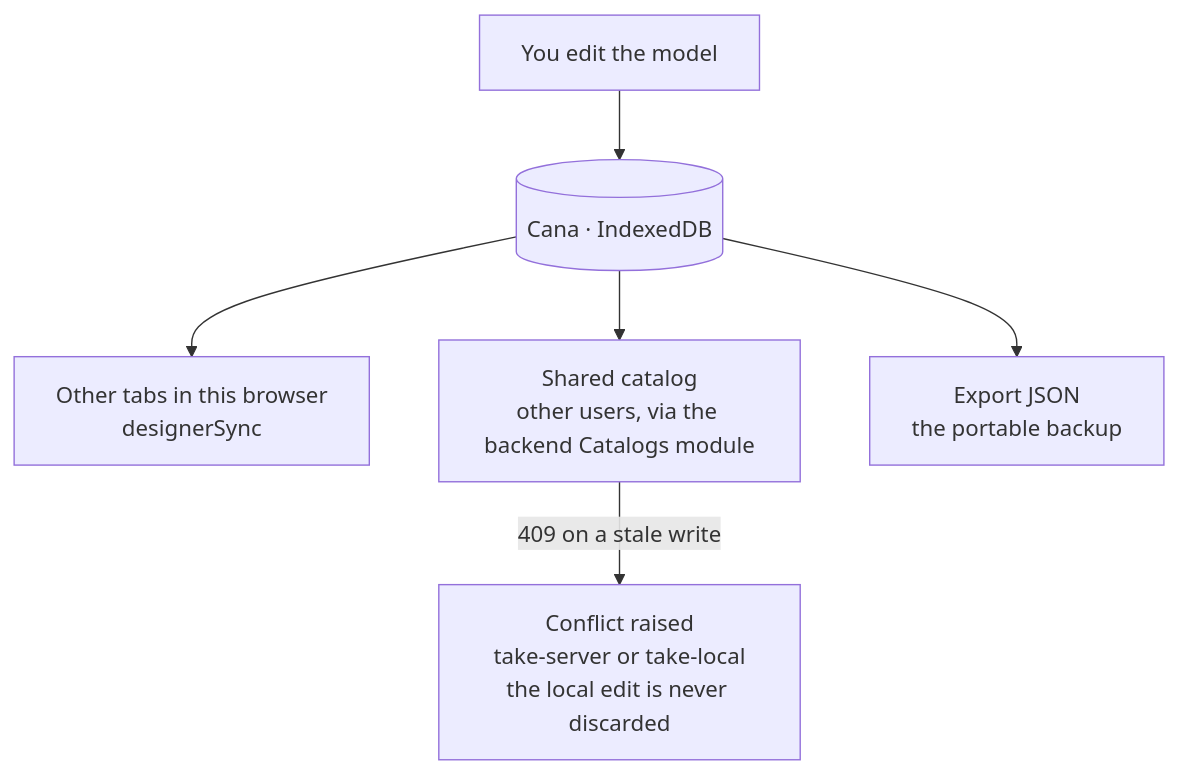
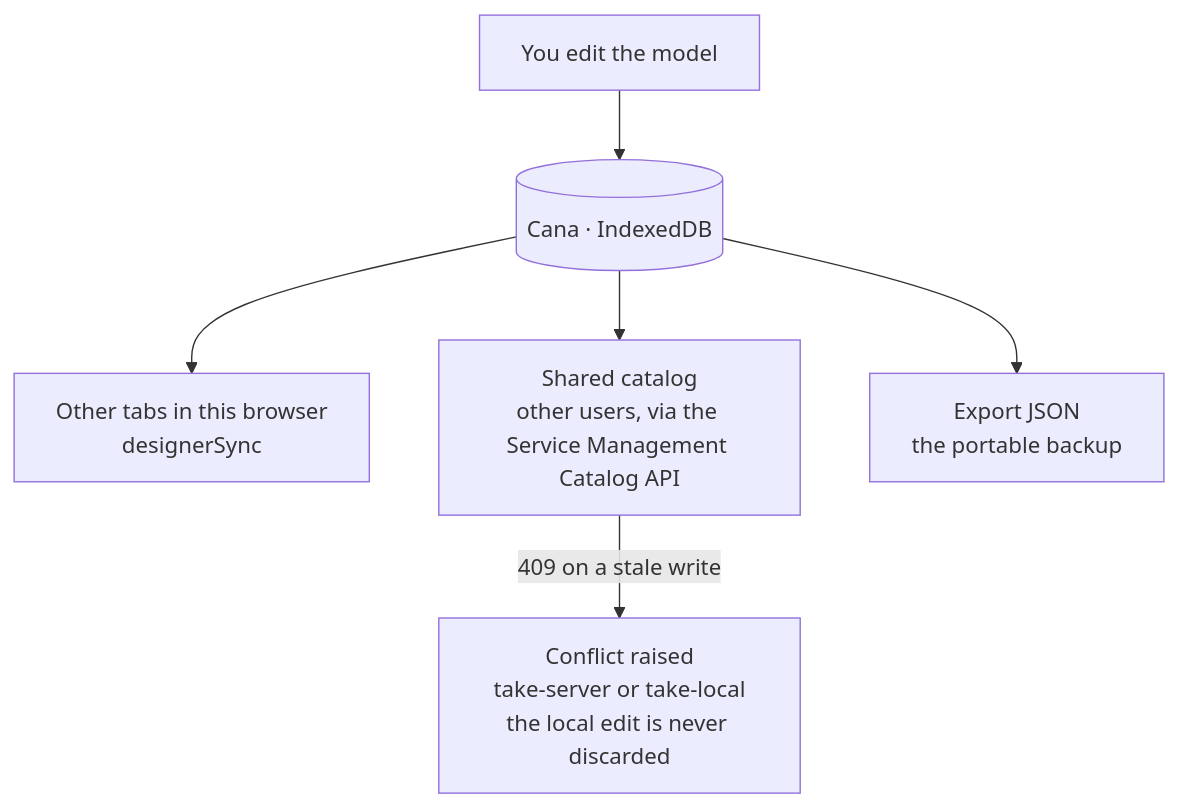
Before and after one commit to web2solutions/Jumentix: the fifth of 6 diagrams in apps/jumentix-website/content/jumentix/guides/service-management.mdx, drawn with Mermaid. The commit also changed 150 other files, not shown here.

Commit message:
refactor(service-management): extract catalog ownership

````diff
--- a/apps/jumentix-website/content/jumentix/guides/service-management.mdx
+++ b/apps/jumentix-website/content/jumentix/guides/service-management.mdx
@@ -576,8 +576,8 @@
 ```mermaid
 flowchart TB
   EDIT["You edit the model"] --> STORE[("Cana · IndexedDB")]
   STORE --> TABS["Other tabs in this browser<br/>designerSync"]
-  STORE --> CAT["Shared catalog<br/>other users, via the backend Catalogs module"]
+  STORE --> CAT["Shared catalog<br/>other users, via the Service Management Catalog API"]
   STORE --> EXPORT["Export JSON<br/>the portable backup"]
   CAT -->|409 on a stale write| CONFLICT["Conflict raised<br/>take-server or take-local<br/>the local edit is never discarded"]
 ```
````
